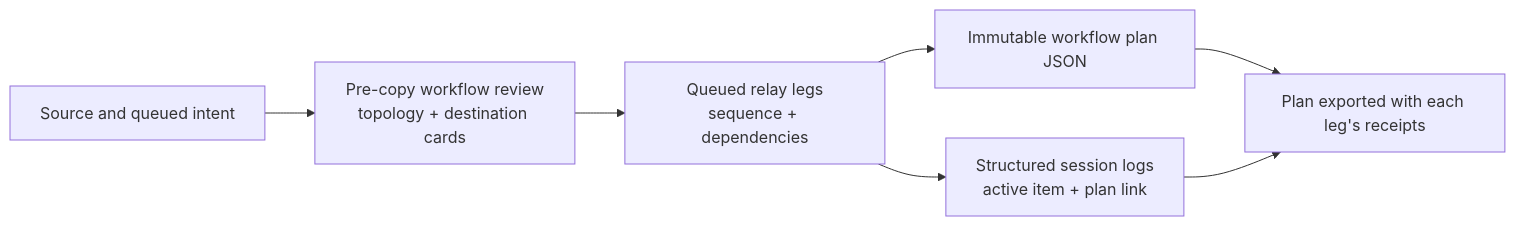
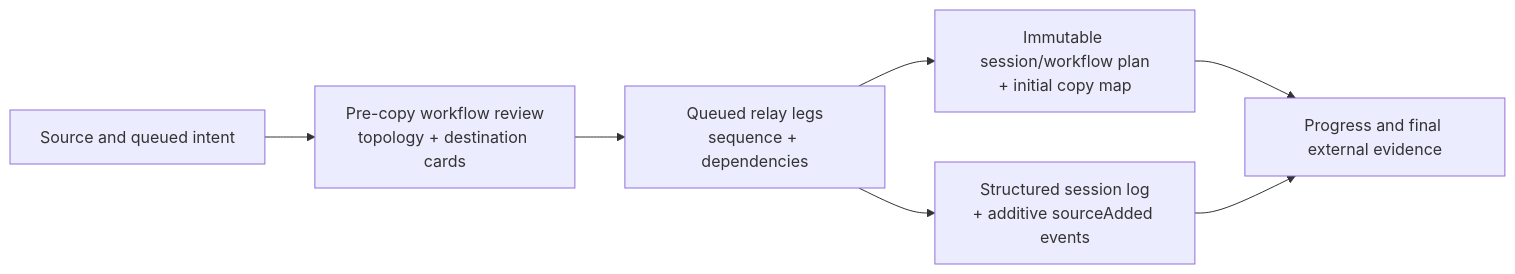
One commit to macvfx/MHL changed the first of 8 diagrams in copytrust/CopyTrust_Illustrated_Workflow_Guide.md. Above: the diagram before and after it, drawn with Mermaid. The commit also changed other lines of this file and 13 other files, not shown here.

First line of the commit message:
Document 3.0.6 build 81: Drop Verify evidence export, CopyTrust session evidence

````diff
--- a/copytrust/CopyTrust_Illustrated_Workflow_Guide.md
+++ b/copytrust/CopyTrust_Illustrated_Workflow_Guide.md
@@ -67,9 +67,9 @@
 ```mermaid
 flowchart LR
     S["Source and queued intent"] --> R["Pre-copy workflow review<br/>topology + destination cards"]
     R --> Q["Queued relay legs<br/>sequence + dependencies"]
-    Q --> P["Immutable workflow plan JSON"]
-    Q --> L["Structured session logs<br/>active item + plan link"]
-    P --> E["Plan exported with each leg's receipts"]
+    Q --> P["Immutable session/workflow plan<br/>+ initial copy map"]
+    Q --> L["Structured session log<br/>+ additive sourceAdded events"]
+    P --> E["Progress and final external evidence"]
     L --> E
 ```
````
